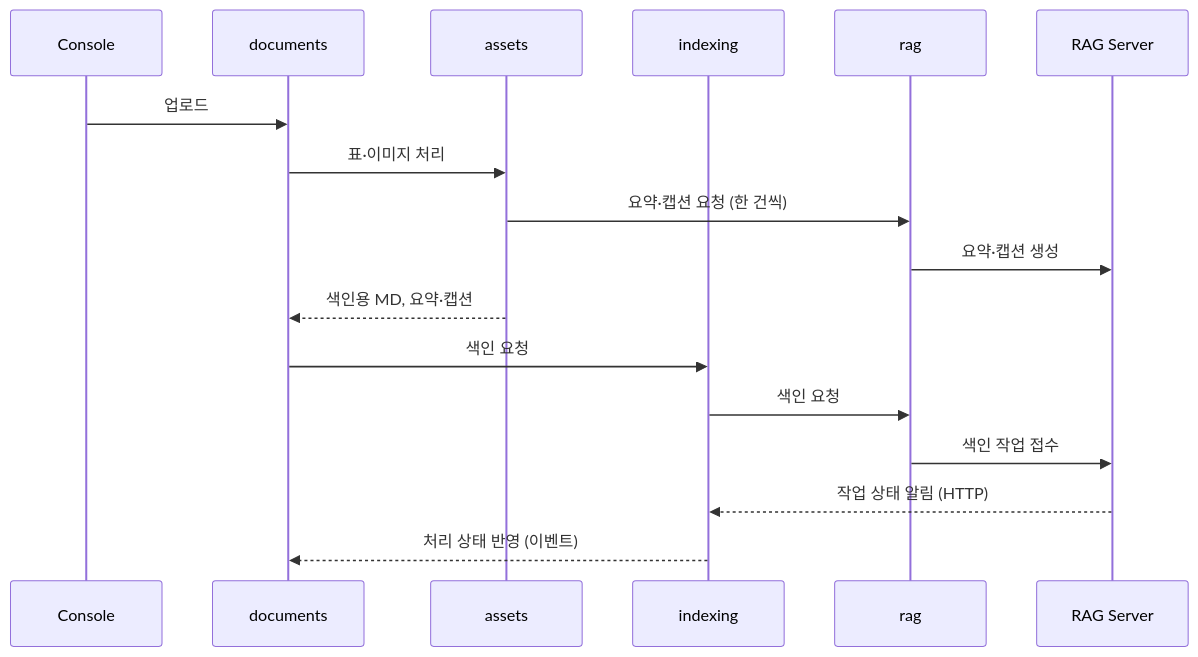
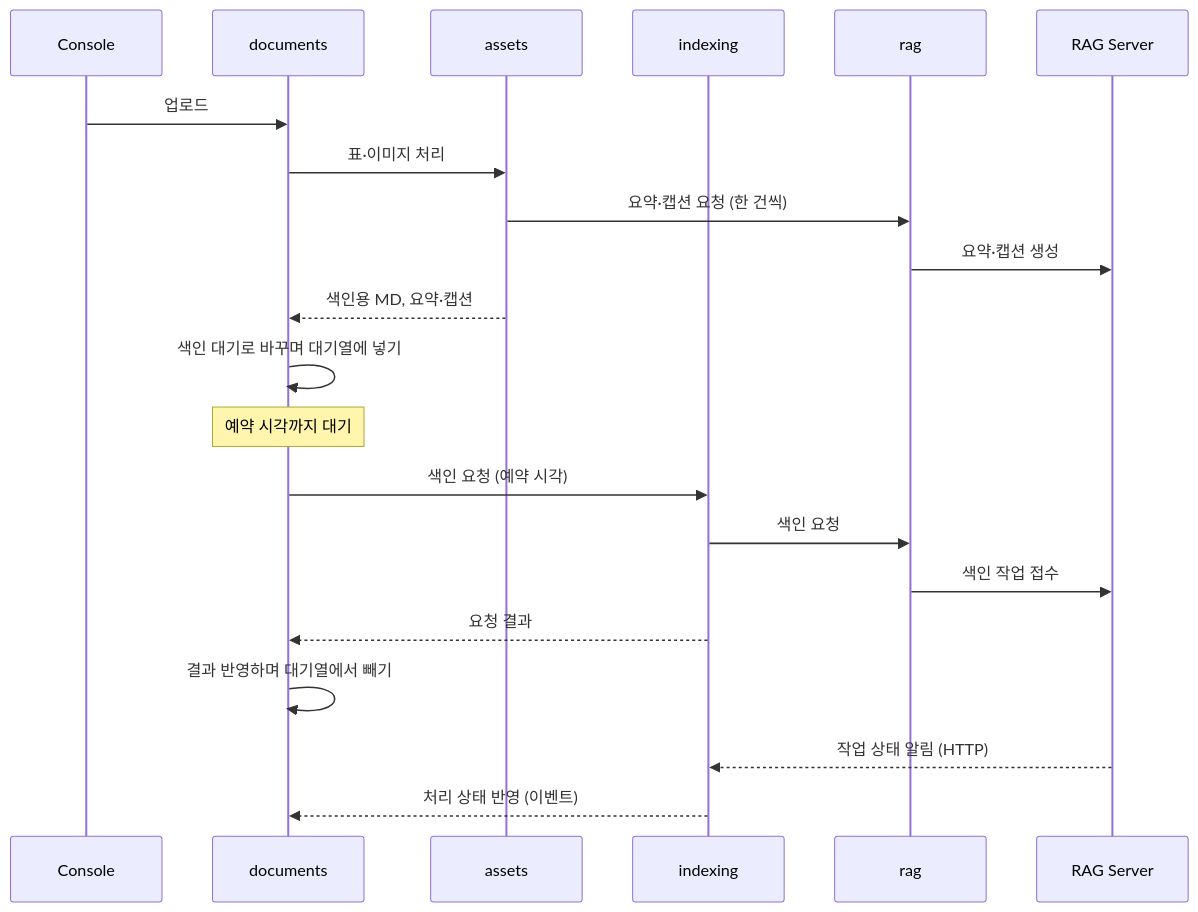
The third of 4 diagrams in apps/backend/ARCHITECT.md (victor7-aquila/minerva), drawn with Mermaid before and after one commit. The commit also changed other lines of this file and 17 other files, not shown here.

````diff
--- a/apps/backend/ARCHITECT.md
+++ b/apps/backend/ARCHITECT.md
@@ -178,19 +175,23 @@
 ```mermaid
 sequenceDiagram
     participant C as Console
     participant D as documents
     participant A as assets
     participant I as indexing
     participant R as rag
     participant RS as RAG Server
     C->>D: 업로드
     D->>A: 표·이미지 처리
     A->>R: 요약·캡션 요청 (한 건씩)
     R->>RS: 요약·캡션 생성
     A-->>D: 색인용 MD, 요약·캡션
-    D->>I: 색인 요청
+    D->>D: 색인 대기로 바꾸며 대기열에 넣기
+    Note over D: 예약 시각까지 대기
+    D->>I: 색인 요청 (예약 시각)
     I->>R: 색인 요청
     R->>RS: 색인 작업 접수
+    I-->>D: 요청 결과
+    D->>D: 결과 반영하며 대기열에서 빼기
     RS-->>I: 작업 상태 알림 (HTTP)
     I-->>D: 처리 상태 반영 (이벤트)
 ```
````
